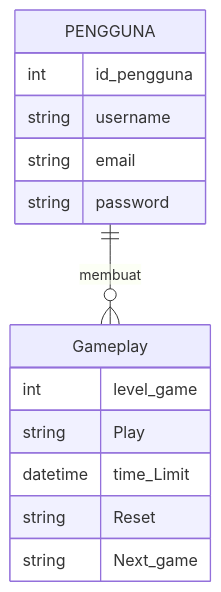
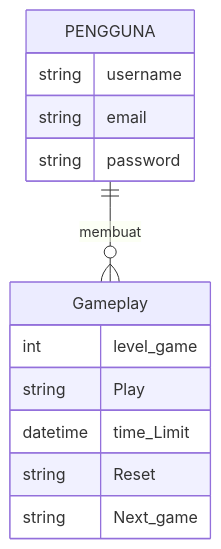
Before and after one commit to Nightroom/Memoryasmaulhusna.github.io: the first of 2 diagrams in review.md, drawn with Mermaid.

````diff
--- a/review.md
+++ b/review.md
@@ -41,20 +41,19 @@
 ```mermaid
 erDiagram
   PENGGUNA {
-    int id_pengguna
     string username
     string email
     string password
     
   }
   PENGGUNA ||--o{ Gameplay  : membuat 
   Gameplay {
     int level_game
     string Play
     datetime time_Limit 
     string Reset
     string Next_game 
     
   }
   
 ```
````
